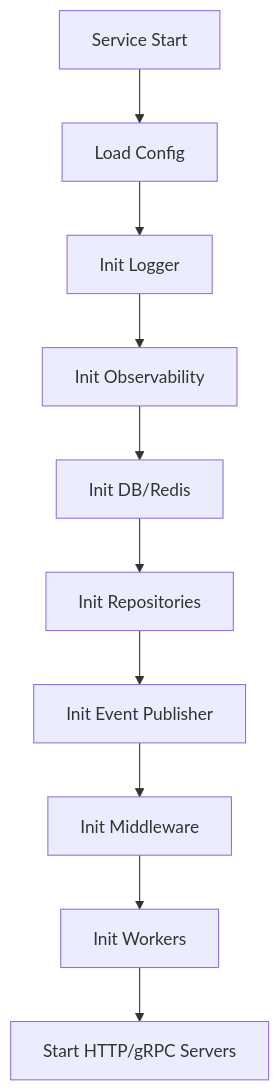
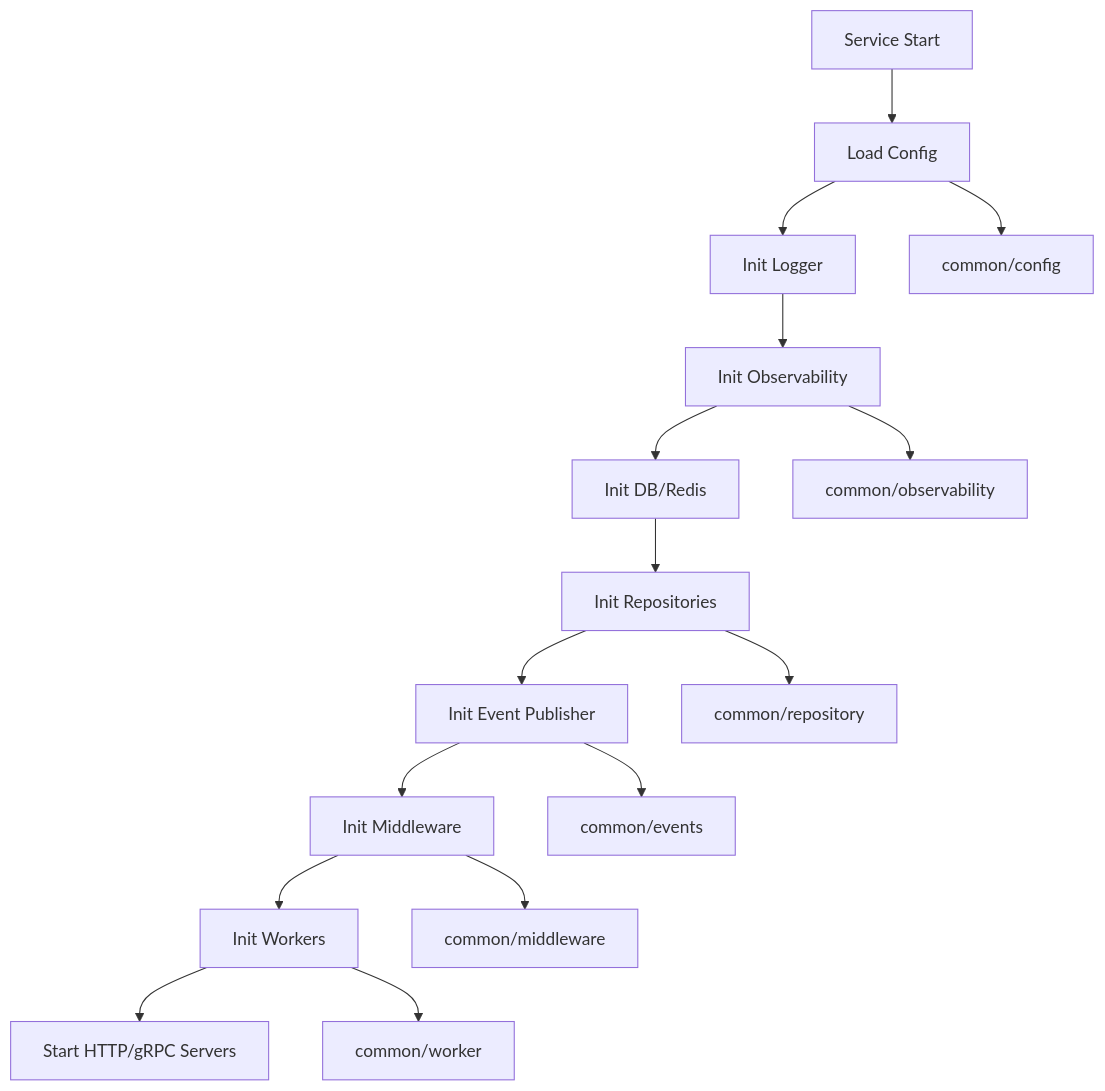
The diagram in 07-development/standards/common-package-usage.md (vesviet/Composable-Commerce-Service-Architecture), drawn with Mermaid before and after one commit. The commit also changed other lines of this file and 1 other file, not shown here.

````diff
--- a/07-development/standards/common-package-usage.md
+++ b/07-development/standards/common-package-usage.md
@@ -11,12 +39,19 @@
 ```mermaid
 flowchart TD
     A[Service Start] --> B[Load Config]
     B --> C[Init Logger]
     C --> D[Init Observability]
     D --> E[Init DB/Redis]
     E --> F[Init Repositories]
     F --> G[Init Event Publisher]
     G --> H[Init Middleware]
     H --> I[Init Workers]
     I --> J[Start HTTP/gRPC Servers]
+    
+    B --> B1[common/config]
+    D --> D1[common/observability]
+    F --> F1[common/repository]
+    G --> G1[common/events]
+    H --> H1[common/middleware]
+    I --> I1[common/worker]
 ```
````
